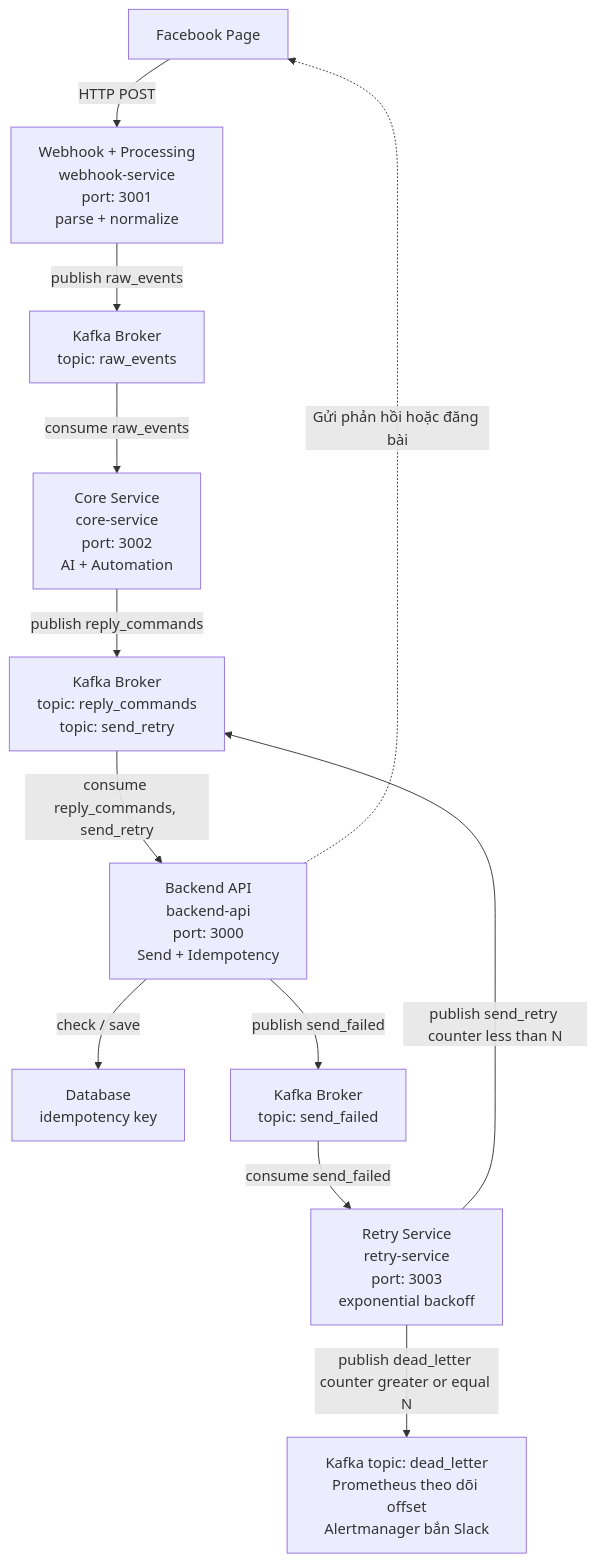
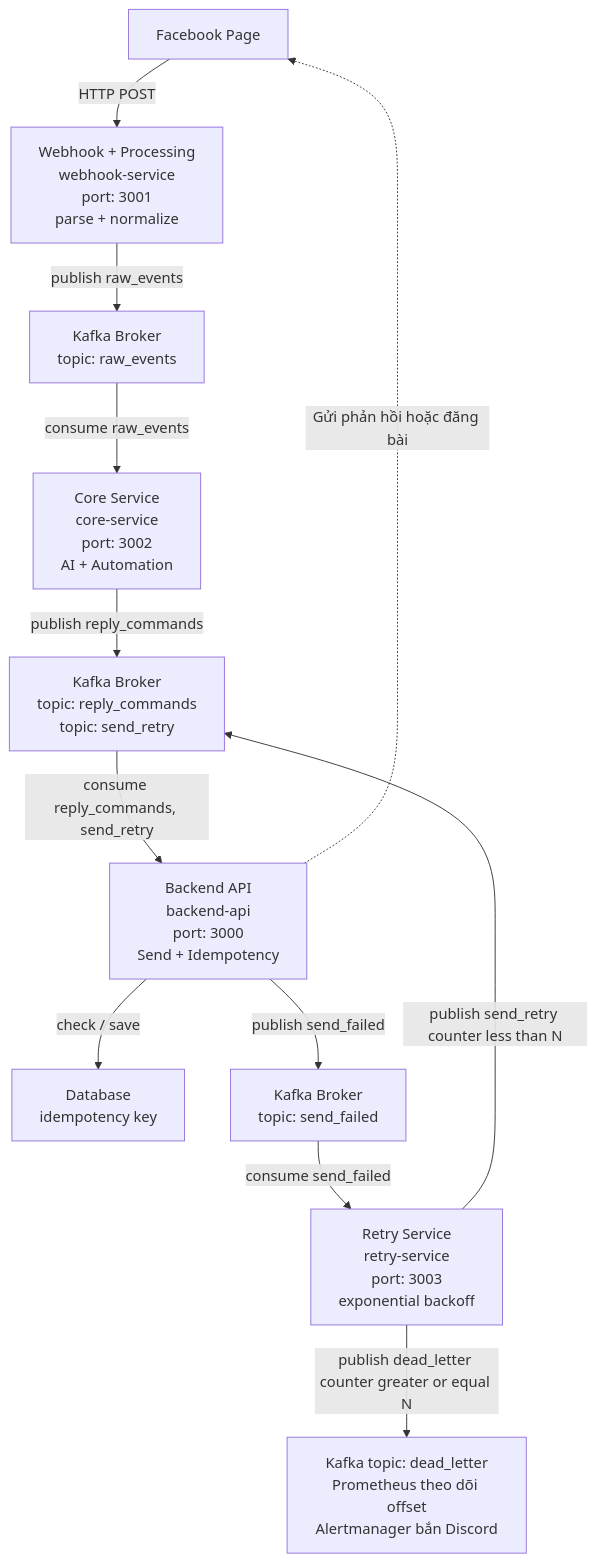
The diagram in Docs/System_design.md (kats205/Page-API), drawn with Mermaid before and after one commit. The commit also changed other lines of this file and 16 other files, not shown here.

````diff
--- a/Docs/System_design.md
+++ b/Docs/System_design.md
@@ -42,35 +42,35 @@
 ```mermaid
 flowchart TD
 
     FB["Facebook Page"]
 
     WEBHOOK["Webhook + Processing<br/>webhook-service<br/>port: 3001<br/>parse + normalize"]
 
     KAFKA_RAW["Kafka Broker<br/>topic: raw_events"]
 
     CORE["Core Service<br/>core-service<br/>port: 3002<br/>AI + Automation"]
 
     KAFKA_REPLY["Kafka Broker<br/>topic: reply_commands<br/>topic: send_retry"]
 
     BACKEND["Backend API<br/>backend-api<br/>port: 3000<br/>Send + Idempotency"]
 
     DB["Database<br/>idempotency key"]
 
     KAFKA_FAILED["Kafka Broker<br/>topic: send_failed"]
 
     RETRY["Retry Service<br/>retry-service<br/>port: 3003<br/>exponential backoff"]
 
-    DLQ["Kafka topic: dead_letter<br/>Prometheus theo dõi offset<br/>Alertmanager bắn Slack"]
+    DLQ["Kafka topic: dead_letter<br/>Prometheus theo dõi offset<br/>Alertmanager bắn Discord"]
 
     FB -->|"HTTP POST"| WEBHOOK
     WEBHOOK -->|"publish raw_events"| KAFKA_RAW
     KAFKA_RAW -->|"consume raw_events"| CORE
     CORE -->|"publish reply_commands"| KAFKA_REPLY
     KAFKA_REPLY -->|"consume reply_commands, send_retry"| BACKEND
     BACKEND -->|"check / save"| DB
     BACKEND -->|"publish send_failed"| KAFKA_FAILED
     KAFKA_FAILED -->|"consume send_failed"| RETRY
     RETRY -->|"publish send_retry counter less than N"| KAFKA_REPLY
     RETRY -->|"publish dead_letter counter greater or equal N"| DLQ
     BACKEND -.->|"Gửi phản hồi hoặc đăng bài"| FB
 ```
````
